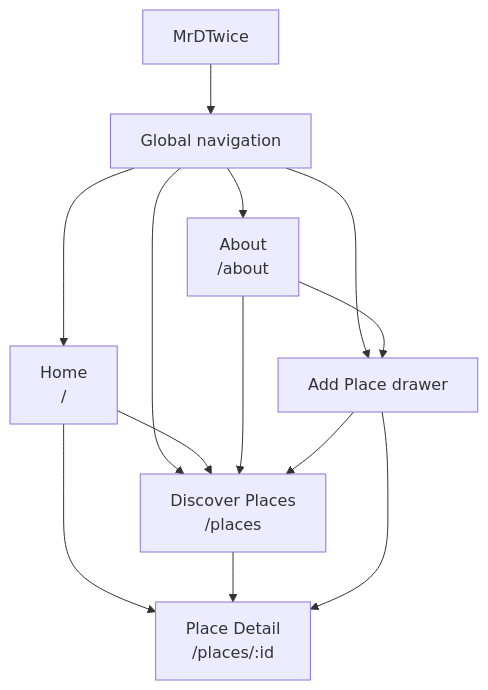
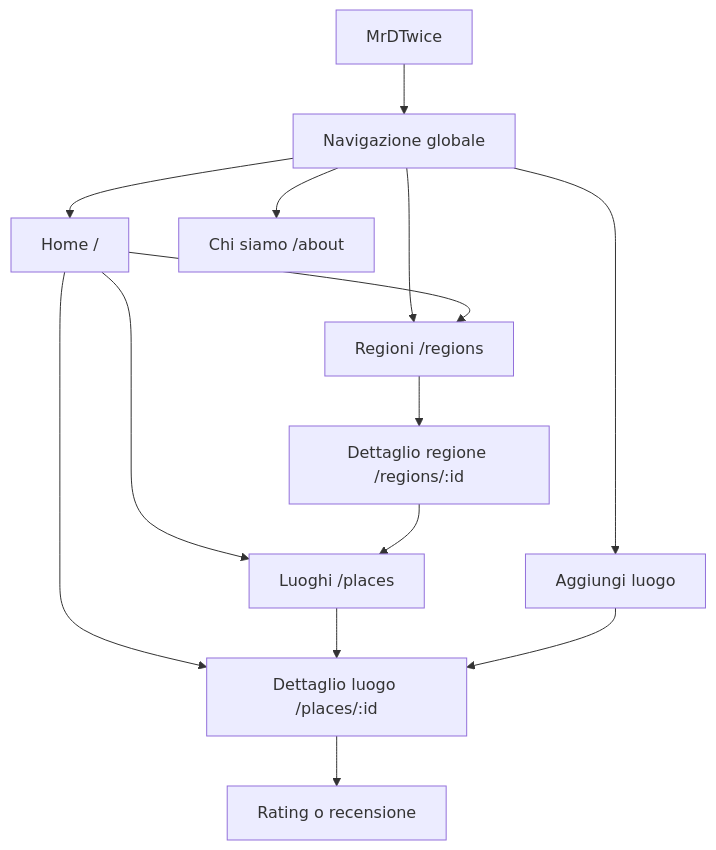
One commit to ricpastori/Progetto_Academy_MrDTwice changed the first of 6 diagrams in docs/information-architecture.md. Above: the diagram before and after it, drawn with Mermaid. The commit also changed other lines of this file and 24 other files, not shown here.

````diff
--- a/docs/information-architecture.md
+++ b/docs/information-architecture.md
@@ -5,18 +21,18 @@
 ```mermaid
 flowchart TD
-  App["MrDTwice"]
+  App["MrDTwice"] --> Header["Navigazione globale"]
+  Header --> Home["Home /"]
+  Header --> Regions["Regioni /regions"]
+  Header --> About["Chi siamo /about"]
+  Header --> AddPlace["Aggiungi luogo"]
 
-  App --> Nav["Global navigation"]
-  Nav --> Home["Home<br/>/"]
-  Nav --> Places["Discover Places<br/>/places"]
-  Nav --> About["About<br/>/about"]
-  Nav --> AddPlace["Add Place drawer"]
+  Home --> Regions
+  Home --> Places["Luoghi /places"]
+  Home --> Detail["Dettaglio luogo /places/:id"]
 
-  Home --> Places
-  Home --> Detail["Place Detail<br/>/places/:id"]
+  Regions --> RegionDetail["Dettaglio regione /regions/:id"]
+  RegionDetail --> Places
   Places --> Detail
-  About --> Places
-  About --> AddPlace
+  Detail --> AddReview["Rating o recensione"]
   AddPlace --> Detail
-  AddPlace --> Places
 ```
````
